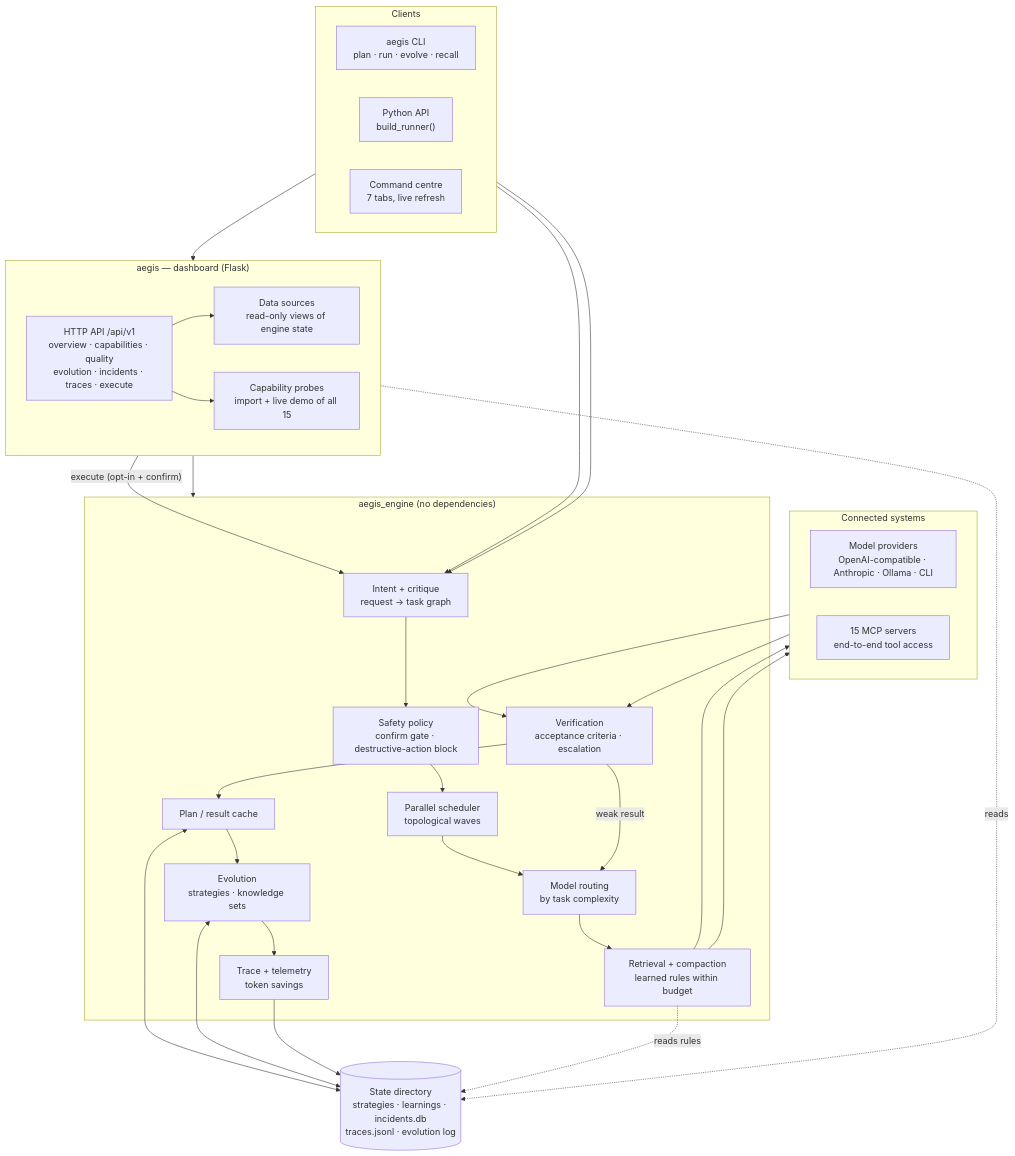
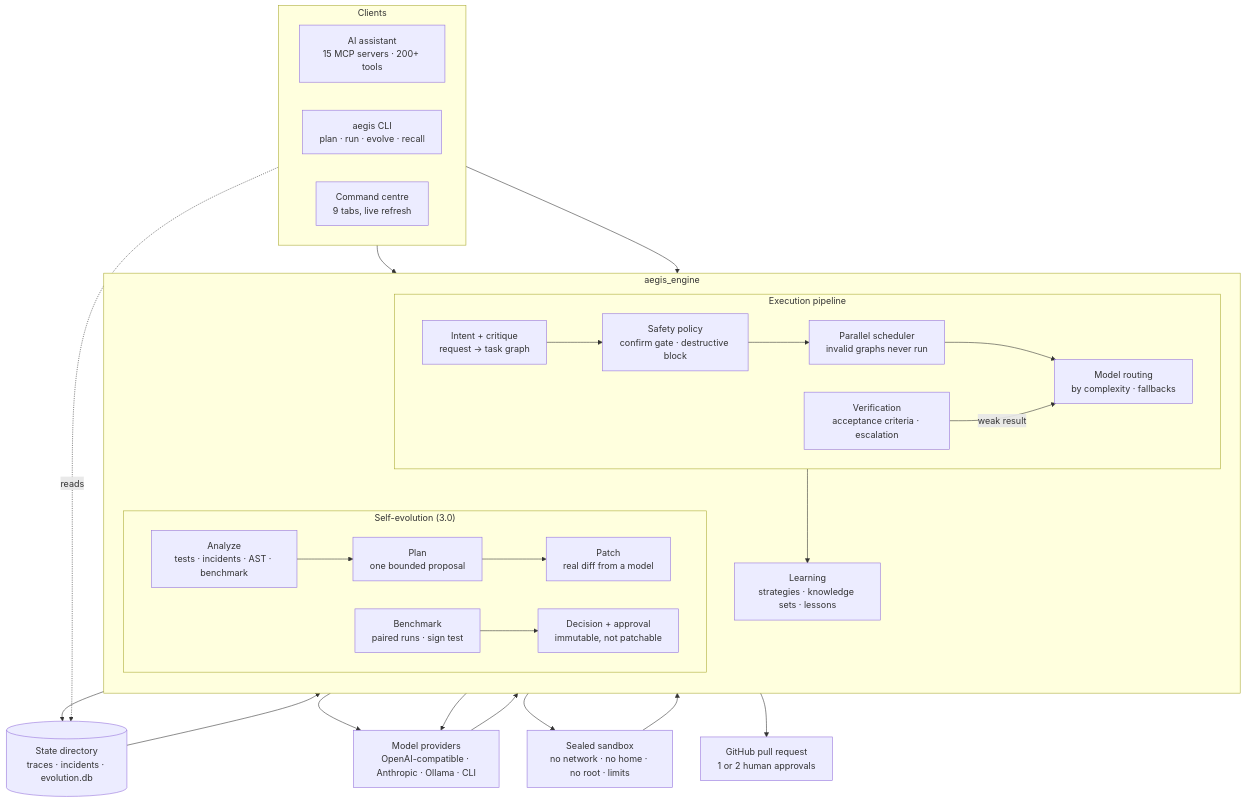
Before and after one commit to buildsbeyondai-code/Aegis: the diagram in README.md, drawn with Mermaid. The commit also changed other lines of this file and 19 other files, not shown here.

Commit message:
Aegis 3.0: animated architecture at top, self-evolution, 9 tabs, explainer

````diff
--- a/README.md
+++ b/README.md
@@ -16,54 +25,45 @@
 ```mermaid
 flowchart TB
   subgraph Clients
     direction LR
+    AS["AI assistant<br/>15 MCP servers · 200+ tools"]
     CLI["aegis CLI<br/>plan · run · evolve · recall"]
-    PY["Python API<br/>build_runner()"]
-    UI["Command centre<br/>7 tabs, live refresh"]
+    UI["Command centre<br/>9 tabs, live refresh"]
   end
 
-  subgraph Dashboard["aegis — dashboard (Flask)"]
-    direction LR
-    API["HTTP API /api/v1<br/>overview · capabilities · quality<br/>evolution · incidents · traces · execute"]
-    DS["Data sources<br/>read-only views of engine state"]
-    PROBE["Capability probes<br/>import + live demo of all 15"]
+  subgraph Engine["aegis_engine"]
+    direction TB
+    subgraph Exec["Execution pipeline"]
+      direction LR
+      INT["Intent + critique<br/>request → task graph"]
+      POL["Safety policy<br/>confirm gate · destructive block"]
+      SCH["Parallel scheduler<br/>invalid graphs never run"]
+      RT["Model routing<br/>by complexity · fallbacks"]
+      VER["Verification<br/>acceptance criteria · escalation"]
+    end
+    subgraph Evo["Self-evolution (3.0)"]
+      direction LR
+      AN["Analyze<br/>tests · incidents · AST · benchmark"]
+      PL["Plan<br/>one bounded proposal"]
+      PA["Patch<br/>real diff from a model"]
+      BM["Benchmark<br/>paired runs · sign test"]
+      DEC["Decision + approval<br/>immutable, not patchable"]
+    end
+    LEARN["Learning<br/>strategies · knowledge sets · lessons"]
   end
 
-  subgraph Engine["aegis_engine (no dependencies)"]
-    INT["Intent + critique<br/>request → task graph"]
-    POL["Safety policy<br/>confirm gate · destructive-action block"]
-    SCH["Parallel scheduler<br/>topological waves"]
-    RT["Model routing<br/>by task complexity"]
-    CTX["Retrieval + compaction<br/>learned rules within budget"]
-    VER["Verification<br/>acceptance criteria · escalation"]
-    CACHE["Plan / result cache"]
-    EVO["Evolution<br/>strategies · knowledge sets"]
-    TR["Trace + telemetry<br/>token savings"]
-  end
+  SBX["Sealed sandbox<br/>no network · no home · no root · limits"]
+  LLM["Model providers<br/>OpenAI-compatible · Anthropic · Ollama · CLI"]
+  PR["GitHub pull request<br/>1 or 2 human approvals"]
+  STATE[("State directory<br/>traces · incidents · evolution.db")]
 
-  subgraph Outside["Connected systems"]
-    direction LR
-    LLM["Model providers<br/>OpenAI-compatible · Anthropic · Ollama · CLI"]
-    MCP["15 MCP servers<br/>end-to-end tool access"]
-  end
-
-  STATE[("State directory<br/>strategies · learnings · incidents.db<br/>traces.jsonl · evolution log")]
-
+  AS --> INT
   CLI --> INT
-  PY --> INT
-  UI --> API --> DS
-  API --> PROBE --> Engine
-  API -- "execute (opt-in + confirm)" --> INT
-  INT --> POL --> SCH --> RT --> CTX
-  CTX --> LLM
-  CTX --> MCP
-  LLM --> VER
-  MCP --> VER
+  UI -. reads .-> STATE
+  INT --> POL --> SCH --> RT --> LLM --> VER
   VER -- weak result --> RT
-  VER --> CACHE --> EVO --> TR
-  CACHE <--> STATE
-  EVO <--> STATE
-  TR --> STATE
-  CTX -. reads rules .-> STATE
-  DS -. reads .-> STATE
+  VER --> LEARN --> STATE
+  STATE --> AN --> PL --> PA
+  PA --> SBX --> BM --> DEC --> PR
+  PL --> LLM
 ```
````
